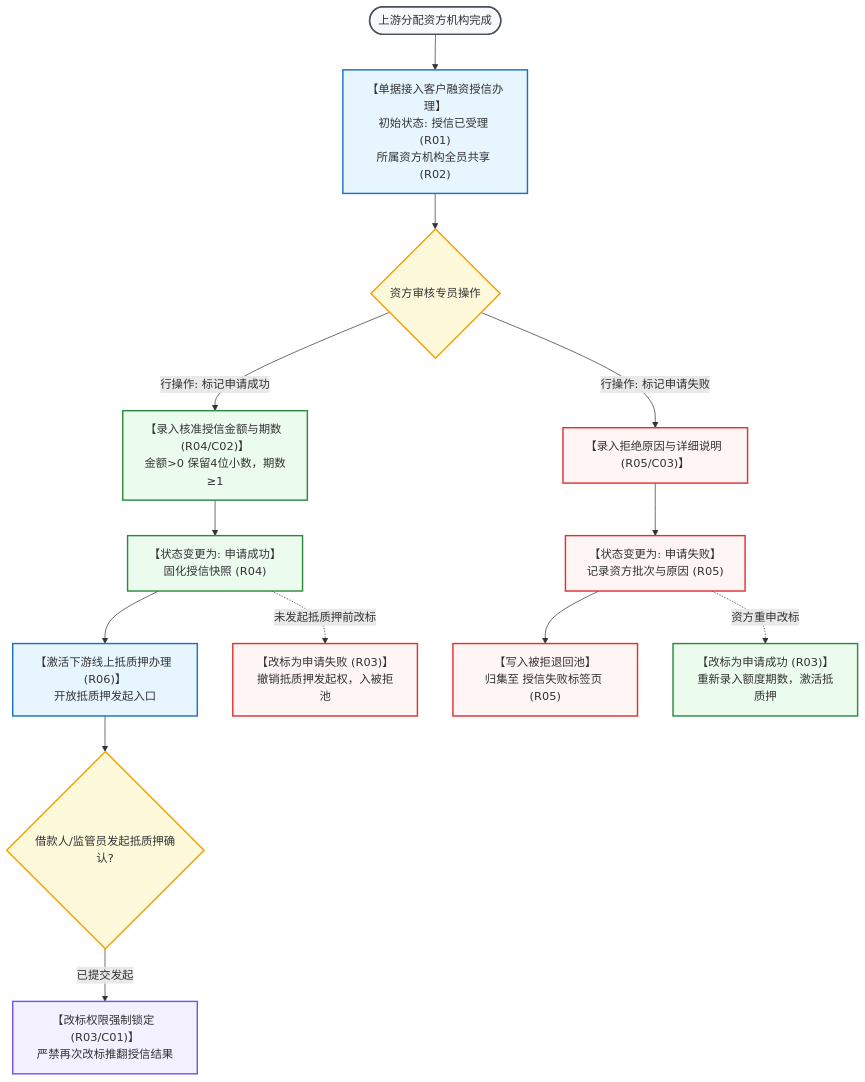
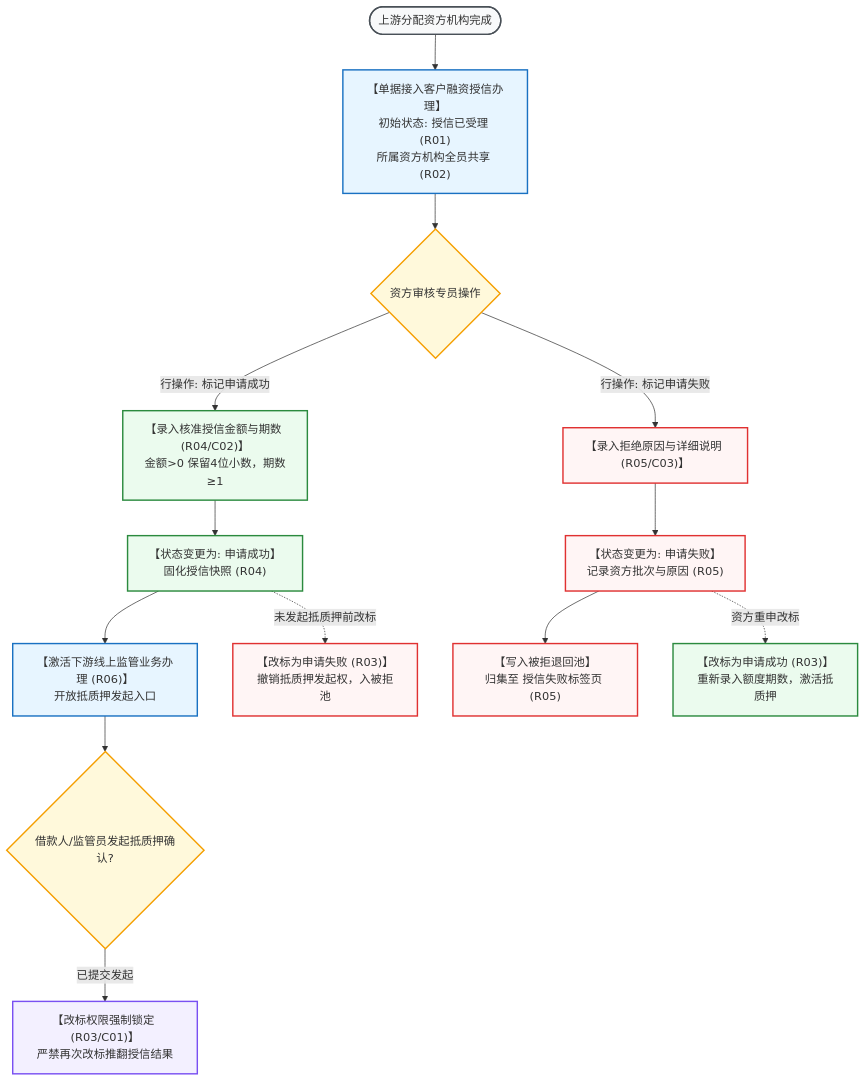
One commit to RobertHuang999/SYZC changed the diagram in 02-PRD文档/🌟🌟🌟-最新基准版/B端PC/03-融资监管/03-融资管理-客户融资授信办理/客户融资授信办理主PRD.md. Above: the diagram before and after it, drawn with Mermaid. The commit also changed other lines of this file and 114 other files, not shown here.

````diff
--- a/02-PRD文档/🌟🌟🌟-最新基准版/B端PC/03-融资监管/03-融资管理-客户融资授信办理/客户融资授信办理主PRD.md
+++ b/02-PRD文档/🌟🌟🌟-最新基准版/B端PC/03-融资监管/03-融资管理-客户融资授信办理/客户融资授信办理主PRD.md
@@ -34,31 +34,31 @@
 ```mermaid
 flowchart TD
     classDef startEnd fill:#f8f9fa,stroke:#495057,stroke-width:2px;
     classDef bizNode fill:#e7f5ff,stroke:#1971c2,stroke-width:2px;
     classDef forkNode fill:#fff9db,stroke:#f59f00,stroke-width:2px;
     classDef coreNode fill:#ebfbee,stroke:#2b8a3e,stroke-width:2px;
     classDef warnNode fill:#fff5f5,stroke:#e03131,stroke-width:2px;
     classDef extNode fill:#f3f0ff,stroke:#7950f2,stroke-width:2px;
 
     Start([上游分配资方机构完成]):::startEnd --> AutoAccept["【单据接入客户融资授信办理】<br/>初始状态: 授信已受理 (R01)<br/>所属资方机构全员共享 (R02)"]:::bizNode
 
     AutoAccept --> ReviewFork{资方审核专员操作}:::forkNode
 
     %% 标记申请成功分支
     ReviewFork -->|行操作: 标记申请成功| InputCredit["【录入核准授信金额与期数 (R04/C02)】<br/>金额>0 保留4位小数，期数≥1"]:::coreNode
     InputCredit --> SuccessDone["【状态变更为: 申请成功】<br/>固化授信快照 (R04)"]:::coreNode
-    SuccessDone --> ActivateMortgage["【激活下游线上抵质押办理 (R06)】<br/>开放抵质押发起入口"]:::bizNode
+    SuccessDone --> ActivateMortgage["【激活下游线上监管业务办理 (R06)】<br/>开放抵质押发起入口"]:::bizNode
 
     %% 标记申请失败分支
     ReviewFork -->|行操作: 标记申请失败| InputReject["【录入拒绝原因与详细说明 (R05/C03)】"]:::warnNode
     InputReject --> FailDone["【状态变更为: 申请失败】<br/>记录资方批次与原因 (R05)"]:::warnNode
     FailDone --> OutboxPool["【写入被拒退回池】<br/>归集至 授信失败标签页 (R05)"]:::warnNode
 
     %% 抵质押未发起前改标分支
     SuccessDone -.->|未发起抵质押前改标| ChangeToFail["【改标为申请失败 (R03)】<br/>撤销抵质押发起权，入被拒池"]:::warnNode
     FailDone -.->|资方重申改标| ChangeToSuccess["【改标为申请成功 (R03)】<br/>重新录入额度期数，激活抵质押"]:::coreNode
 
     %% 抵质押已发起锁定
     ActivateMortgage --> UserConfirm{"借款人/监管员发起抵质押确认?"}:::forkNode
     UserConfirm -->|已提交发起| LockState["【改标权限强制锁定 (R03/C01)】<br/>严禁再次改标推翻授信结果"]:::extNode
 ```
````
